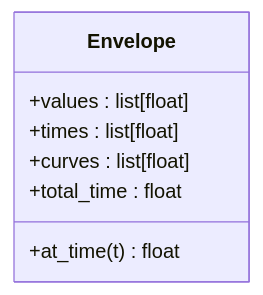
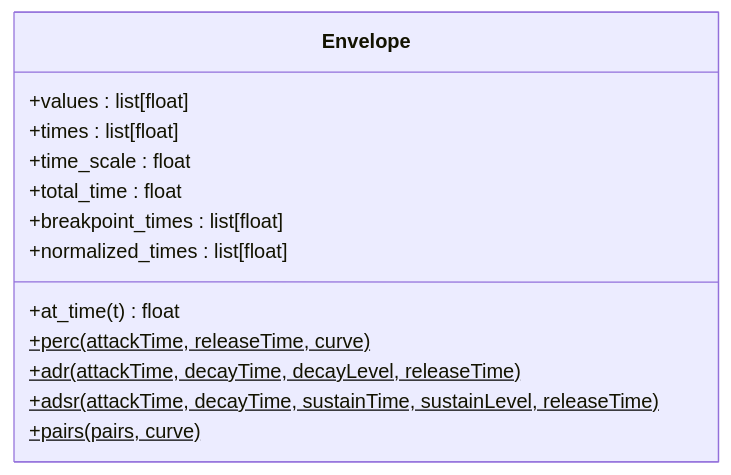
One commit to kr4g/Klotho changed the second of 4 diagrams in docs/architecture/04_DYNATOS.md. Above: the diagram before and after it, drawn with Mermaid. The commit also changed other lines of this file and 13 other files, not shown here.

First line of the commit message:
Overhaul architecture docs for Klotho 10.x API

````diff
--- a/docs/architecture/04_DYNATOS.md
+++ b/docs/architecture/04_DYNATOS.md
@@ -91,10 +97,16 @@
 ```mermaid
 classDiagram
     class Envelope {
         +values : list[float]
         +times : list[float]
-        +curves : list[float]
+        +time_scale : float
         +total_time : float
+        +breakpoint_times : list[float]
+        +normalized_times : list[float]
         +at_time(t) float
+        +perc(attackTime, releaseTime, curve)$
+        +adr(attackTime, decayTime, decayLevel, releaseTime)$
+        +adsr(attackTime, decayTime, sustainTime, sustainLevel, releaseTime)$
+        +pairs(pairs, curve)$
     }
 ```
````
